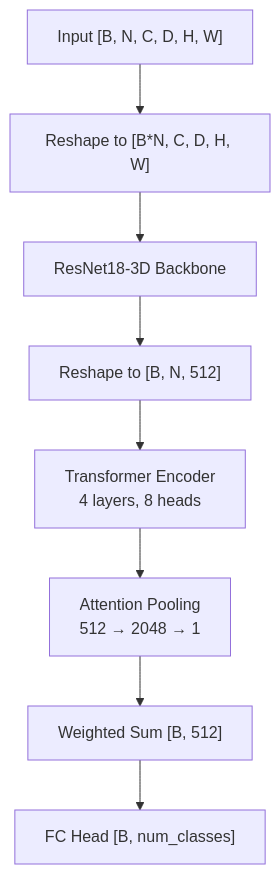
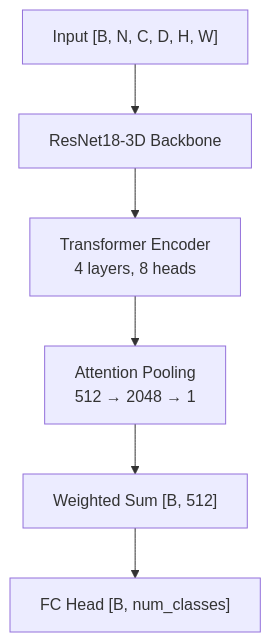
The first of 2 diagrams in docs/architecture.md (anirudhbalaraman/WSAttention-Prostate), drawn with Mermaid before and after one commit. The commit also changed other lines of this file, not shown here.

````diff
--- a/docs/architecture.md
+++ b/docs/architecture.md
@@ -20,10 +29,8 @@
 ```mermaid
 flowchart TD
-    A["Input [B, N, C, D, H, W]"] --> B["Reshape to [B*N, C, D, H, W]"]
-    B --> C[ResNet18-3D Backbone]
-    C --> D["Reshape to [B, N, 512]"]
-    D --> E[Transformer Encoder\n4 layers, 8 heads]
-    E --> F[Attention Pooling\n512 → 2048 → 1]
-    F --> G["Weighted Sum [B, 512]"]
-    G --> H["FC Head [B, num_classes]"]
+    A["Input [B, N, C, D, H, W]"] --> B[ResNet18-3D Backbone]
+    B --> C[Transformer Encoder<br/>4 layers, 8 heads]
+    C --> D[Attention Pooling<br/>512 → 2048 → 1]
+    D --> E["Weighted Sum [B, 512]"]
+    E --> F["FC Head [B, num_classes]"]
 ```
````
